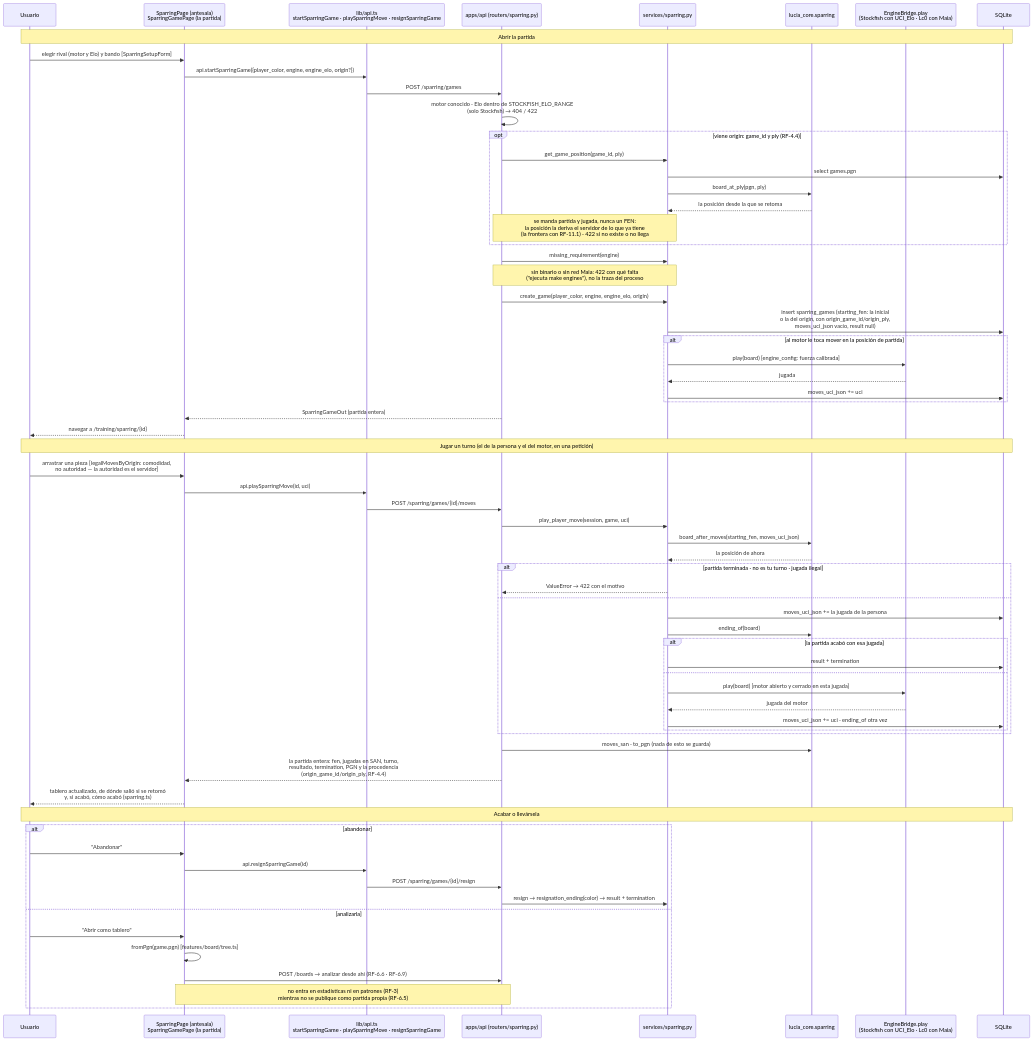
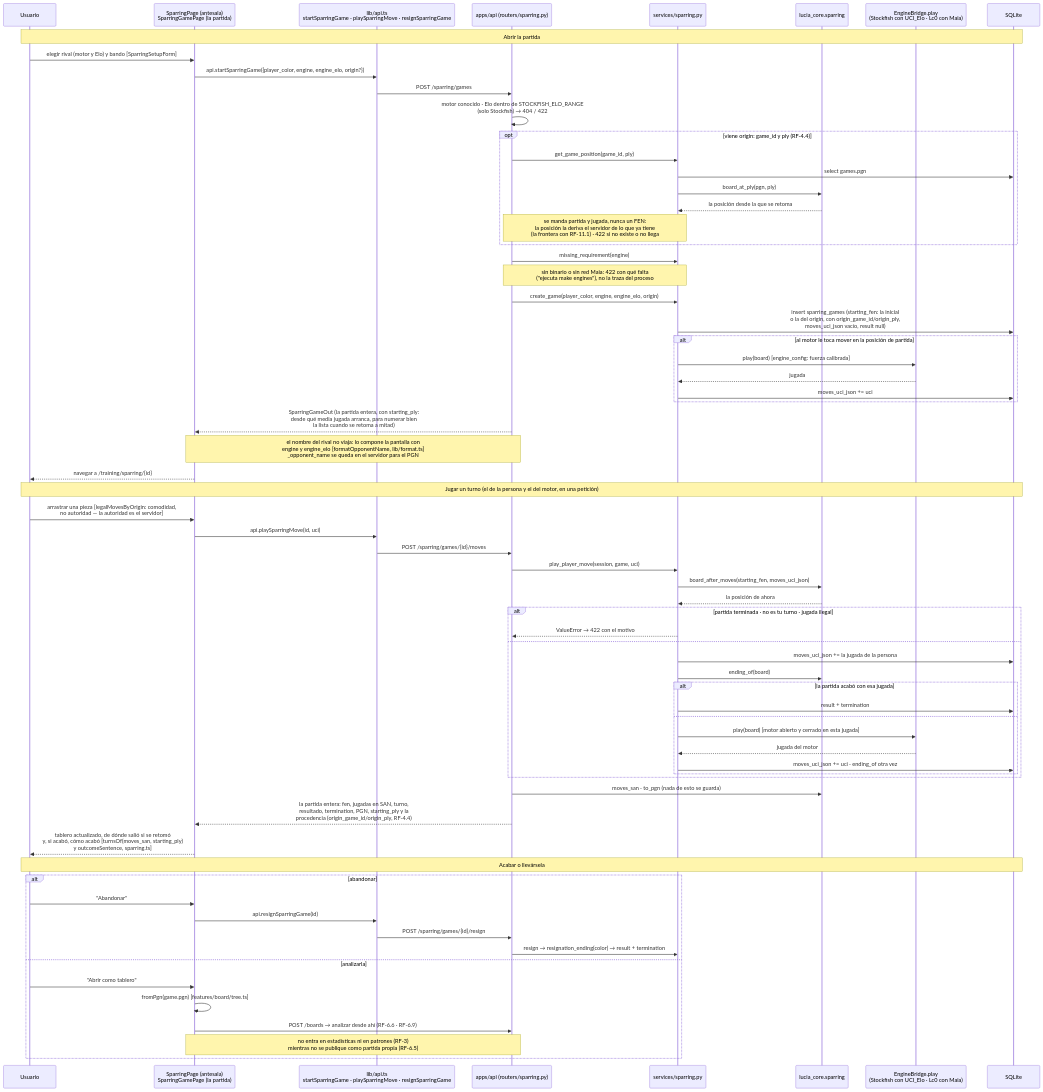
Before and after one commit to SirJsus/LUCIA: diagram 19 of 21 in docs/06-mapa-del-proyecto.md, drawn with Mermaid. The commit also changed other lines of this file and 50 other files, not shown here.

````diff
--- a/docs/06-mapa-del-proyecto.md
+++ b/docs/06-mapa-del-proyecto.md
@@ -1592,72 +1647,73 @@
 ```mermaid
 sequenceDiagram
     participant U as Usuario
     participant P as SparringPage (antesala)<br/>SparringGamePage (la partida)
     participant AP as lib/api.ts<br/>startSparringGame · playSparringMove · resignSparringGame
     participant R as apps/api (routers/sparring.py)
     participant SS as services/sparring.py
     participant CS as lucia_core.sparring
     participant E as EngineBridge.play<br/>(Stockfish con UCI_Elo · Lc0 con Maia)
     participant DB as SQLite
 
     Note over U,DB: Abrir la partida
     U->>P: elegir rival (motor y Elo) y bando [SparringSetupForm]
     P->>AP: api.startSparringGame({player_color, engine, engine_elo, origin?})
     AP->>R: POST /sparring/games
     R->>R: motor conocido · Elo dentro de STOCKFISH_ELO_RANGE<br/>(solo Stockfish) → 404 / 422
     opt viene origin: game_id y ply (RF-4.4)
         R->>SS: get_game_position(game_id, ply)
         SS->>DB: select games.pgn
         SS->>CS: board_at_ply(pgn, ply)
         CS-->>SS: la posición desde la que se retoma
         Note over R,SS: se manda partida y jugada, nunca un FEN:<br/>la posición la deriva el servidor de lo que ya tiene<br/>(la frontera con RF-11.1) · 422 si no existe o no llega
     end
     R->>SS: missing_requirement(engine)
     Note over R,SS: sin binario o sin red Maia: 422 con qué falta<br/>("ejecuta make engines"), no la traza del proceso
     R->>SS: create_game(player_color, engine, engine_elo, origin)
     SS->>DB: insert sparring_games (starting_fen: la inicial<br/>o la del origin, con origin_game_id/origin_ply,<br/>moves_uci_json vacío, result null)
     alt al motor le toca mover en la posición de partida
         SS->>E: play(board) [engine_config: fuerza calibrada]
         E-->>SS: jugada
         SS->>DB: moves_uci_json += uci
     end
-    R-->>P: SparringGameOut (partida entera)
+    R-->>P: SparringGameOut (la partida entera, con starting_ply:<br/>desde qué media jugada arranca, para numerar bien<br/>la lista cuando se retoma a mitad)
+    Note over R,P: el nombre del rival no viaja: lo compone la pantalla con<br/>engine y engine_elo [formatOpponentName, lib/format.ts]<br/>_opponent_name se queda en el servidor para el PGN
     P-->>U: navegar a /training/sparring/{id}
 
     Note over U,DB: Jugar un turno (el de la persona y el del motor, en una petición)
     U->>P: arrastrar una pieza [legalMovesByOrigin: comodidad,<br/>no autoridad — la autoridad es el servidor]
     P->>AP: api.playSparringMove(id, uci)
     AP->>R: POST /sparring/games/{id}/moves
     R->>SS: play_player_move(session, game, uci)
     SS->>CS: board_after_moves(starting_fen, moves_uci_json)
     CS-->>SS: la posición de ahora
     alt partida terminada · no es tu turno · jugada ilegal
         SS-->>R: ValueError → 422 con el motivo
     else
         SS->>DB: moves_uci_json += la jugada de la persona
         SS->>CS: ending_of(board)
         alt la partida acabó con esa jugada
             SS->>DB: result + termination
         else
             SS->>E: play(board) [motor abierto y cerrado en esta jugada]
             E-->>SS: jugada del motor
             SS->>DB: moves_uci_json += uci · ending_of otra vez
         end
     end
     R->>CS: moves_san · to_pgn (nada de esto se guarda)
-    R-->>P: la partida entera: fen, jugadas en SAN, turno,<br/>resultado, termination, PGN y la procedencia<br/>(origin_game_id/origin_ply, RF-4.4)
-    P-->>U: tablero actualizado, de dónde salió si se retomó<br/>y, si acabó, cómo acabó (sparring.ts)
+    R-->>P: la partida entera: fen, jugadas en SAN, turno,<br/>resultado, termination, PGN, starting_ply y la<br/>procedencia (origin_game_id/origin_ply, RF-4.4)
+    P-->>U: tablero actualizado, de dónde salió si se retomó<br/>y, si acabó, cómo acabó [turnsOf(moves_san, starting_ply)<br/>y outcomeSentence, sparring.ts]
 
     Note over U,DB: Acabar o llevársela
     alt abandonar
         U->>P: "Abandonar"
         P->>AP: api.resignSparringGame(id)
         AP->>R: POST /sparring/games/{id}/resign
         R->>SS: resign → resignation_ending(color) → result + termination
     else analizarla
         U->>P: "Abrir como tablero"
         P->>P: fromPgn(game.pgn) [features/board/tree.ts]
         P->>R: POST /boards → analizar desde ahí (RF-6.6 · RF-6.9)
         Note over P,R: no entra en estadísticas ni en patrones (RF-3)<br/>mientras no se publique como partida propia (RF-6.5)
     end
 ```
````
